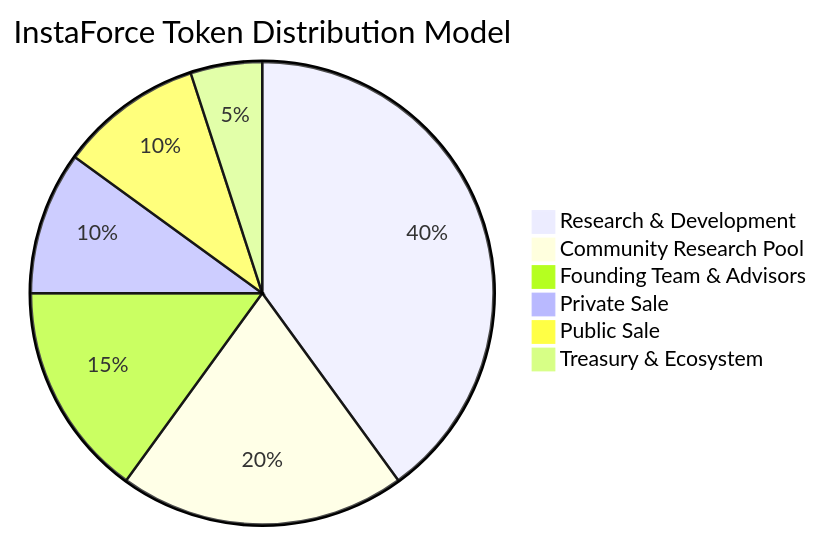
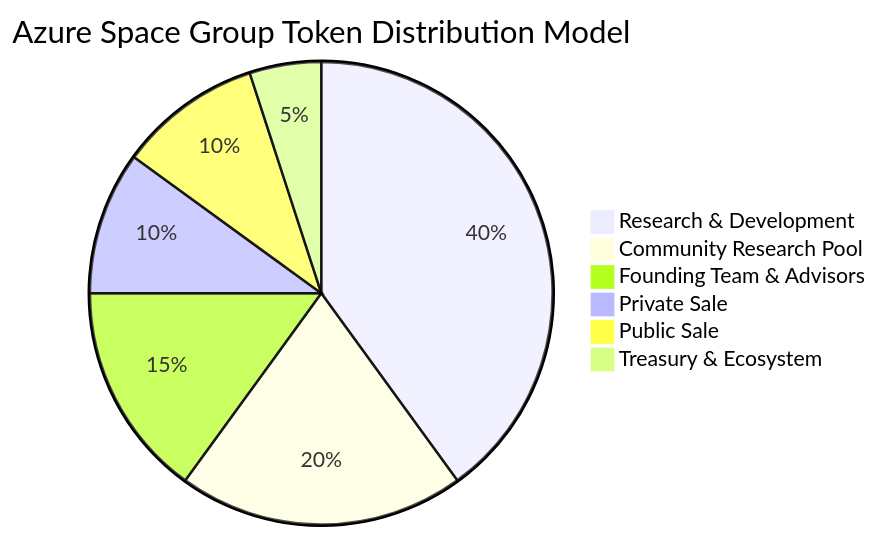
One commit to szemkoff/azurespacegroup changed the diagram in docs/tokenization-strategy.md. Above: the diagram before and after it, drawn with Mermaid. The commit also changed other lines of this file and 33 other files, not shown here.

Commit message:
Implement rebranding from InstaForce to Azure Space Group

````diff
--- a/docs/tokenization-strategy.md
+++ b/docs/tokenization-strategy.md
@@ -27,9 +27,9 @@
 ```mermaid
-pie title InstaForce Token Distribution Model
+pie title Azure Space Group Token Distribution Model
     "Research & Development" : 40
     "Community Research Pool" : 20
     "Founding Team & Advisors" : 15
     "Private Sale" : 10
     "Public Sale" : 10
     "Treasury & Ecosystem" : 5
 ```
````
